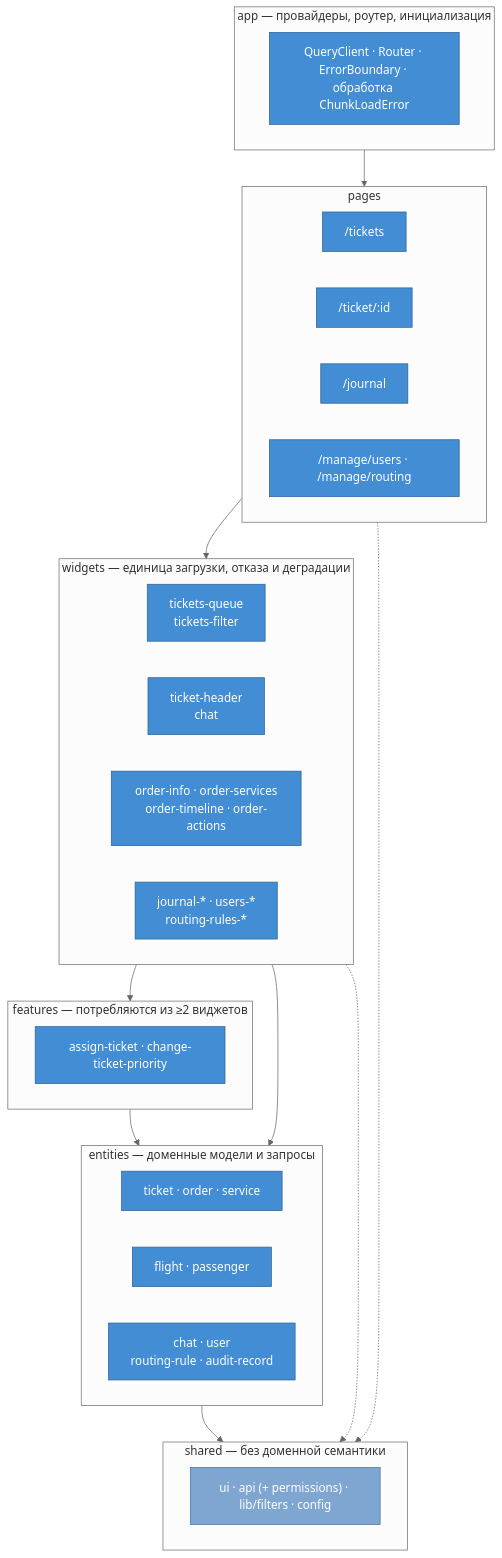
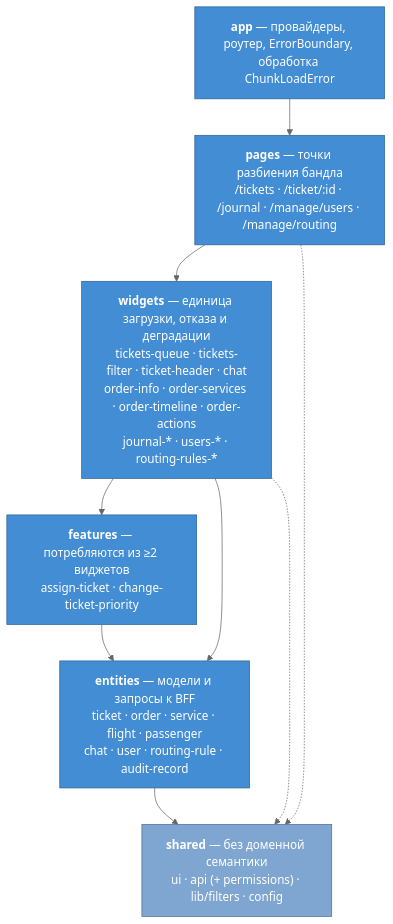
One commit to lionlimon/otus_lessons changed the first of 2 diagrams in docs/frontend-architecture.md. Above: the diagram before and after it, drawn with Mermaid (neutral theme). The commit also changed other lines of this file, not shown here.

````diff
--- a/docs/frontend-architecture.md
+++ b/docs/frontend-architecture.md
@@ -44,47 +26,19 @@
 ```mermaid
 flowchart TB
-    subgraph app["app — провайдеры, роутер, инициализация"]
-        appNote["QueryClient · Router · ErrorBoundary · обработка ChunkLoadError"]
-    end
-
-    subgraph pages["pages"]
-        direction LR
-        pTickets["/tickets"]
-        pTicket["/ticket/:id"]
-        pJournal["/journal"]
-        pAdmin["/manage/users · /manage/routing"]
-    end
-
-    subgraph widgets["widgets — единица загрузки, отказа и деградации"]
-        direction LR
-        wQueue["tickets-queue<br/>tickets-filter"]
-        wTicket["ticket-header<br/>chat"]
-        wOrder["order-info · order-services<br/>order-timeline · order-actions"]
-        wAdmin["journal-* · users-*<br/>routing-rules-*"]
-    end
-
-    subgraph features["features — потребляются из ≥2 виджетов"]
-        fTicket["assign-ticket · change-ticket-priority"]
-    end
-
-    subgraph entities["entities — доменные модели и запросы"]
-        direction LR
-        eTicket["ticket · order · service"]
-        eTravel["flight · passenger"]
-        eRest["chat · user<br/>routing-rule · audit-record"]
-    end
-
-    subgraph shared["shared — без доменной семантики"]
-        sAll["ui · api (+ permissions) · lib/filters · config"]
-    end
+    app["<b>app</b> — провайдеры, роутер, ErrorBoundary, обработка ChunkLoadError"]
+    pages["<b>pages</b> — точки разбиения бандла<br/>/tickets · /ticket/:id · /journal · /manage/users · /manage/routing"]
+    widgets["<b>widgets</b> — единица загрузки, отказа и деградации<br/>tickets-queue · tickets-filter · ticket-header · chat<br/>order-info · order-services · order-timeline · order-actions<br/>journal-* · users-* · routing-rules-*"]
+    features["<b>features</b> — потребляются из ≥2 виджетов<br/>assign-ticket · change-ticket-priority"]
+    entities["<b>entities</b> — модели и запросы к BFF<br/>ticket · order · service · flight · passenger<br/>chat · user · routing-rule · audit-record"]
+    shared["<b>shared</b> — без доменной семантики<br/>ui · api (+ permissions) · lib/filters · config"]
 
     app --> pages --> widgets --> features --> entities --> shared
     widgets --> entities
     pages -.-> shared
     widgets -.-> shared
 
     classDef layer fill:#438dd5,stroke:#2e6295,color:#fff
     classDef sh fill:#7fa6d1,stroke:#4d6f96,color:#fff
-    class appNote,pTickets,pTicket,pJournal,pAdmin,wQueue,wTicket,wOrder,wAdmin,fTicket,eTicket,eTravel,eRest layer
-    class sAll sh
+    class app,pages,widgets,features,entities layer
+    class shared sh
 ```
````
